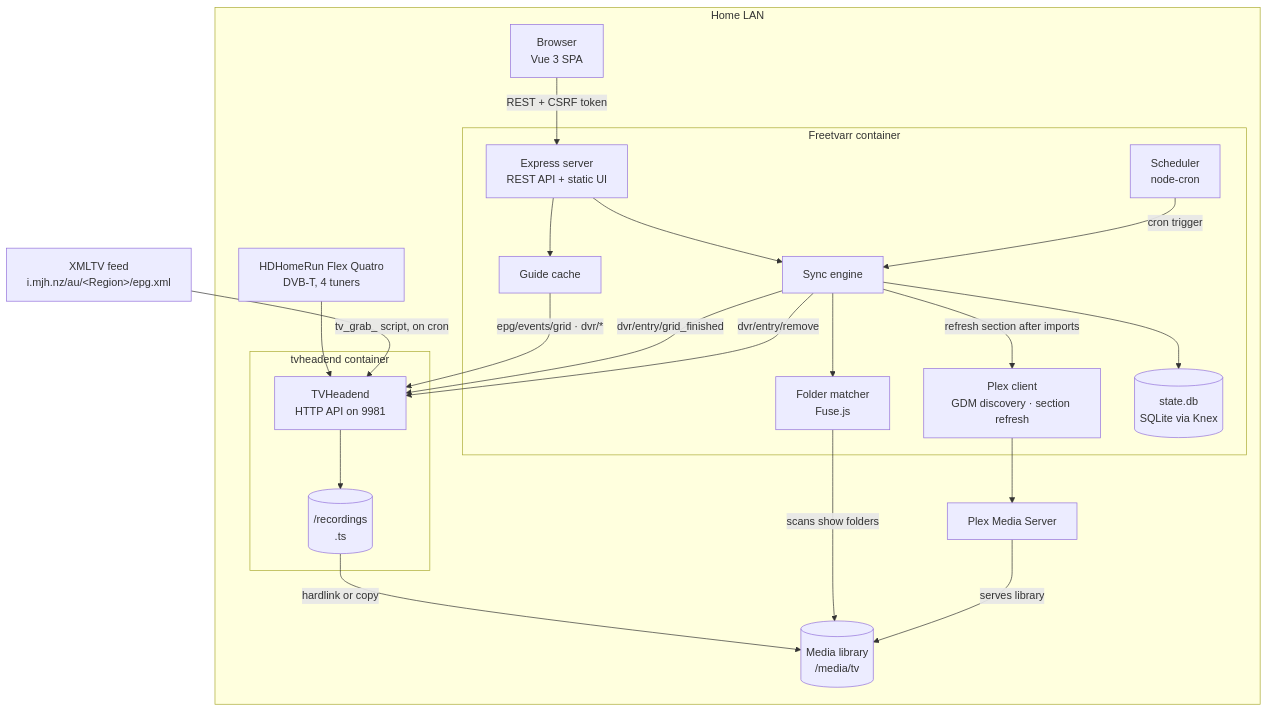
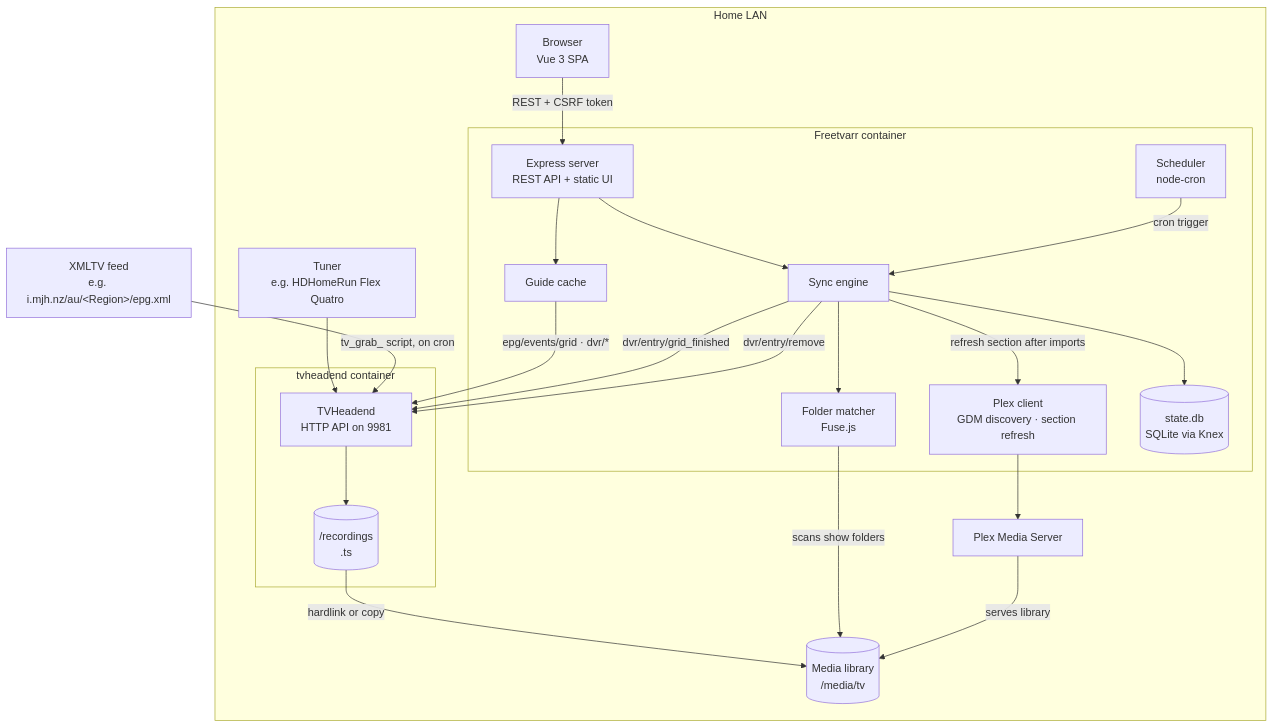
One commit to furey/freetvarr changed the first of 2 diagrams in docs/DEEP_DIVE.md. Above: the diagram before and after it, drawn with Mermaid. The commit also changed other lines of this file and 8 other files, not shown here.

Commit message:
Marked the author's Australian HDHomeRun setup as the worked example across every docs page and generalised the tuner and region steps.

````diff
--- a/docs/DEEP_DIVE.md
+++ b/docs/DEEP_DIVE.md
@@ -27,46 +27,46 @@
 ```mermaid
 flowchart TB
   subgraph lan["Home LAN"]
-    hdhr["HDHomeRun Flex Quatro<br>DVB-T, 4 tuners"]
+    hdhr["Tuner<br>e.g. HDHomeRun Flex Quatro"]
 
     subgraph tvh["tvheadend container"]
       tvhsrv["TVHeadend<br>HTTP API on 9981"]
       rec[("/recordings<br>.ts")]
     end
 
     plex["Plex Media Server"]
     browser["Browser<br>Vue 3 SPA"]
 
     subgraph app["Freetvarr container"]
       server["Express server<br>REST API + static UI"]
       sched["Scheduler<br>node-cron"]
       sync["Sync engine"]
       epg["Guide cache"]
       matcher["Folder matcher<br>Fuse.js"]
       plexclient["Plex client<br>GDM discovery · section refresh"]
       db[("state.db<br>SQLite via Knex")]
     end
 
     media[("Media library<br>/media/tv")]
   end
 
-  xmltv["XMLTV feed<br>i.mjh.nz/au/&lt;Region&gt;/epg.xml"]
+  xmltv["XMLTV feed<br>e.g. i.mjh.nz/au/&lt;Region&gt;/epg.xml"]
 
   hdhr --> tvhsrv
   xmltv -->|"tv_grab_ script, on cron"| tvhsrv
   tvhsrv --> rec
   browser -->|"REST + CSRF token"| server
   server --> sync
   server --> epg
   sched -->|"cron trigger"| sync
   epg -->|"epg/events/grid · dvr/*"| tvhsrv
   sync -->|"dvr/entry/grid_finished"| tvhsrv
   sync --> db
   rec -->|"hardlink or copy"| media
   sync --> matcher
   matcher -->|"scans show folders"| media
   sync -->|"refresh section after imports"| plexclient
   plexclient --> plex
   plex -->|"serves library"| media
   sync -->|"dvr/entry/remove"| tvhsrv
 ```
````
